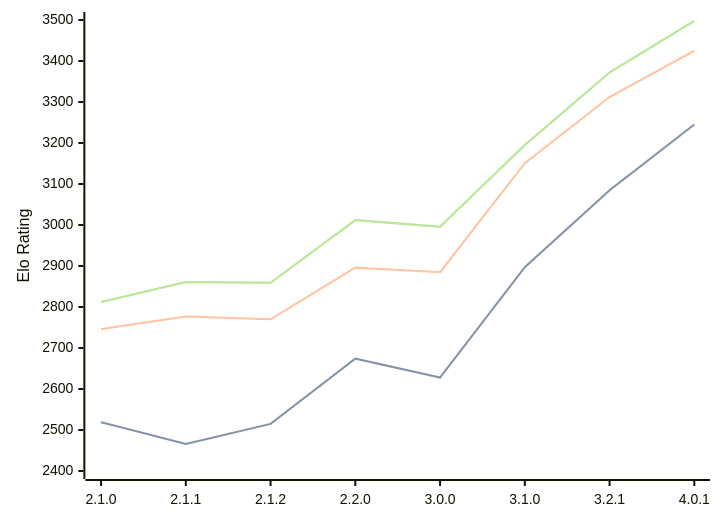
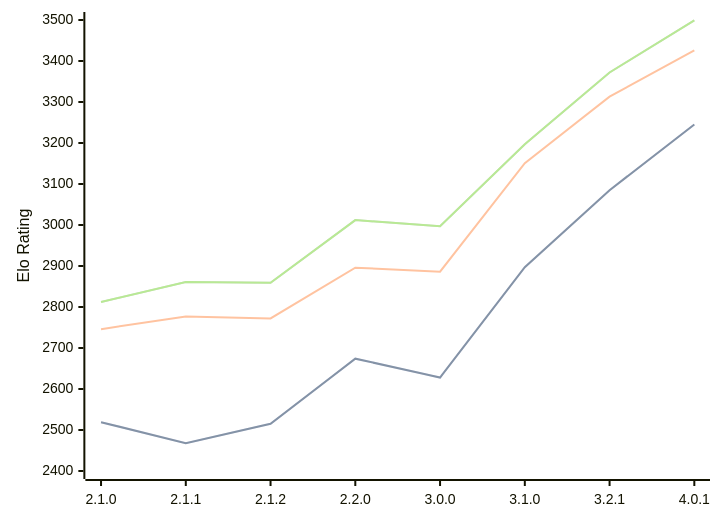
The diagram in engines/Prune.md (computer-chess-index/cci), drawn with Mermaid before and after one commit. The commit also changed other lines of this file, not shown here.

Commit message:
Update CCI Ratings (ELO VLTC) - 2026-08-05

````diff
--- a/engines/Prune.md
+++ b/engines/Prune.md
@@ -44,11 +44,11 @@
 ```mermaid
 %%{init: {"theme":"base","themeVariables":{"seriesColors:['#a3a3a3','#222221','#faa371']}}}%%
 xychart-beta
   x-axis ["2.1.0", "2.1.1", "2.1.2", "2.2.0", "3.0.0", "3.1.0", "3.2.1", "4.0.1"]
   y-axis "Elo Rating" 2400 --> 3500
-  line "STC (8.0+0.08s)" [2519, 2466, 2515, 2674, 2628, 2897, 3085, 3245]
-  line "STC (8.0+0.08s)" [2519, 2466, 2515, 2674, 2628, 2897, 3085, 3245]
-  line "LTC (60.0+0.60s)" [2746, 2777, 2770, 2896, 2885, 3151, 3312, 3425]
-  line "VLTC (2m24s+1.12s)" [2812, 2861, 2859, 3012, 2996, 3195, 3372, 3498]
-  line "VLTC (2m24s+1.12s)" [2812, 2861, 2859, 3012, 2996, 3195, 3372, 3498]
+  line "STC (8.0+0.08s)" [2519, 2468, 2515, 2674, 2628, 2897, 3085, 3245]
+  line "STC (8.0+0.08s)" [2519, 2468, 2515, 2674, 2628, 2897, 3085, 3245]
+  line "LTC (60.0+0.60s)" [2746, 2777, 2772, 2896, 2886, 3151, 3313, 3426]
+  line "VLTC (2m24s+1.12s)" [2812, 2861, 2859, 3012, 2997, 3197, 3372, 3499]
+  line "VLTC (2m24s+1.12s)" [2812, 2861, 2859, 3012, 2997, 3197, 3372, 3499]
 ```
````
